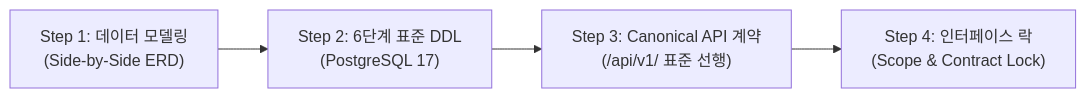
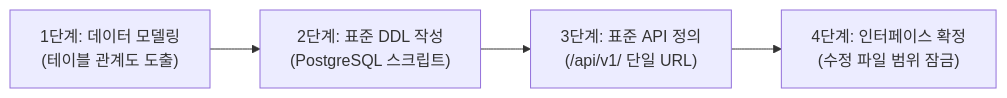
The diagram in ko/agile/ai-sdlc-02-architecture.md (DramaticCollaboration/doc.github.io), drawn with Mermaid before and after one commit. The commit also changed other lines of this file and 8 other files, not shown here.

````diff
--- a/ko/agile/ai-sdlc-02-architecture.md
+++ b/ko/agile/ai-sdlc-02-architecture.md
@@ -49,6 +49,6 @@
 ```mermaid
 flowchart LR
-    A1["Step 1: 데이터 모델링<br/>(Side-by-Side ERD)"] --> A2["Step 2: 6단계 표준 DDL<br/>(PostgreSQL 17)"]
-    A2 --> A3["Step 3: Canonical API 계약<br/>(/api/v1/ 표준 선행)"]
-    A3 --> A4["Step 4: 인터페이스 락<br/>(Scope & Contract Lock)"]
+    A1["1단계: 데이터 모델링<br/>(테이블 관계도 도출)"] --> A2["2단계: 표준 DDL 작성<br/>(PostgreSQL 스크립트)"]
+    A2 --> A3["3단계: 표준 API 정의<br/>(/api/v1/ 단일 URL)"]
+    A3 --> A4["4단계: 인터페이스 확정<br/>(수정 파일 범위 잠금)"]
 ```
````
